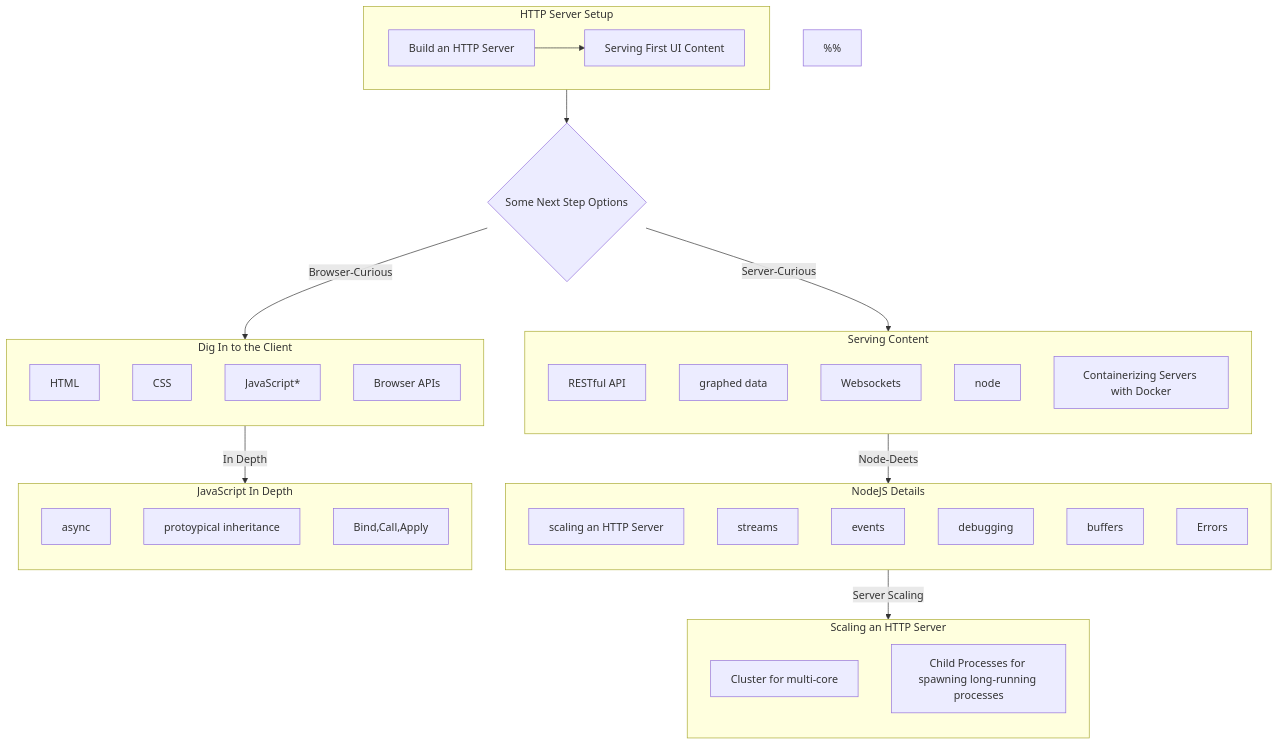
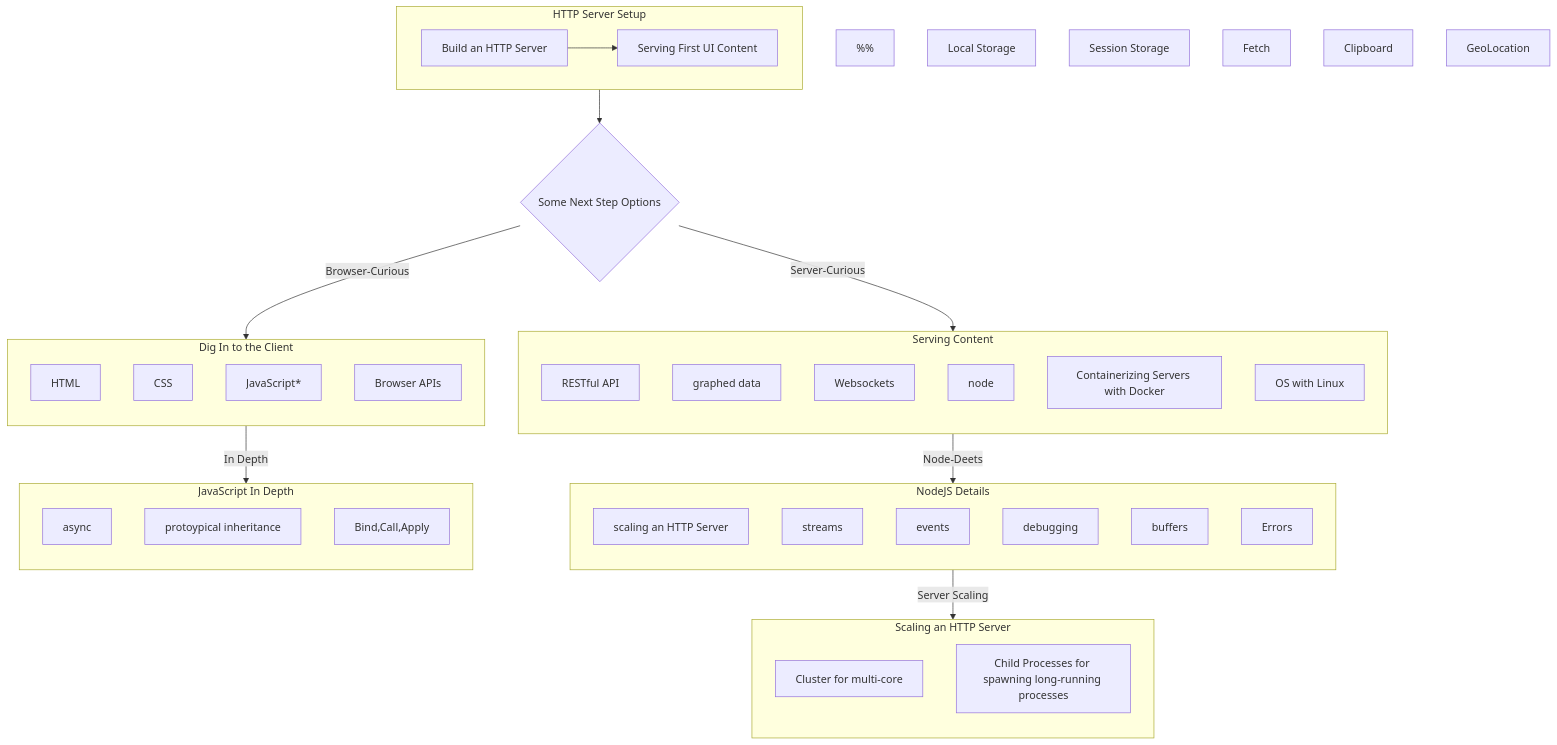
Before and after one commit to imagineLife/big-site: the diagram in src/pages/a-web-first-path.mdx, drawn with Mermaid.

Commit message:
browser nodes

```diff
--- a/src/pages/a-web-first-path.mdx
+++ b/src/pages/a-web-first-path.mdx
@@ -40,6 +40,7 @@
   WEBSOCKETS[Websockets];
   NODE[node];
   DOCKER[Containerizing Servers with Docker];
+  LINUX[OS with Linux];
 
 %% nodeJS nodes
   SCALING-NODE[scaling an HTTP Server];
@@ -67,6 +68,14 @@
   INHER[protoypical inheritance];
   BIND-CALL[Bind,Call,Apply];
 
+%% Browser nodes
+  LOCAL-STORAGE[Local Storage];
+  SESSION-STORAGE[Session Storage];
+  FETCH[Fetch];
+  CLIPBOARD[Clipboard];
+  GEOLOC[GeoLocation];
+
+
 
 
 %%  HTTP server sub-graph
@@ -92,6 +101,7 @@
     WEBSOCKETS;
     NODE;
     DOCKER;
+    LINUX;
   end;
 
 
```
